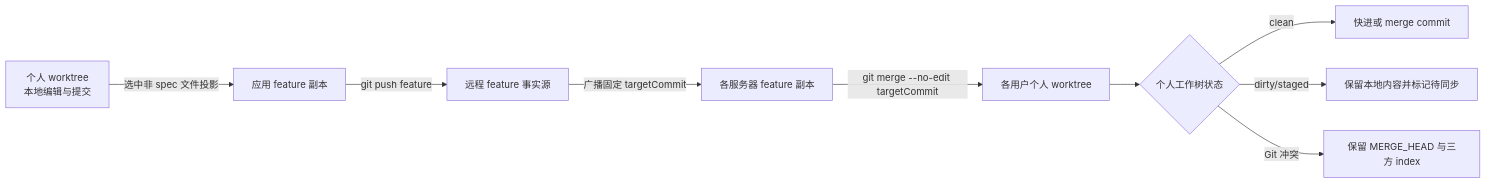
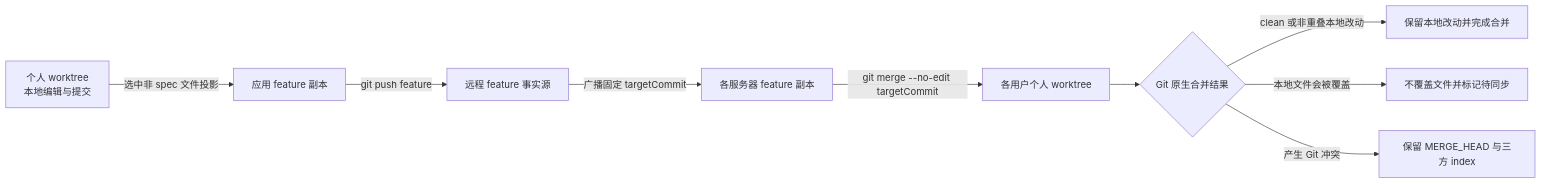
The diagram in docs/testing/application-worktree-feature-cases.md (RKK222/intelligent-test-agent), drawn with Mermaid before and after one commit. The commit also changed other lines of this file and 12 other files, not shown here.

````diff
--- a/docs/testing/application-worktree-feature-cases.md
+++ b/docs/testing/application-worktree-feature-cases.md
@@ -38,11 +38,11 @@
 ```mermaid
 flowchart LR
   P["个人 worktree\n本地编辑与提交"] -->|"选中非 spec 文件投影"| F["应用 feature 副本"]
   F -->|"git push feature"| R["远程 feature 事实源"]
   R -->|"广播固定 targetCommit"| S["各服务器 feature 副本"]
   S -->|"git merge --no-edit targetCommit"| O["各用户个人 worktree"]
-  O --> C{"个人工作树状态"}
-  C -->|clean| M["快进或 merge commit"]
-  C -->|dirty/staged| D["保留本地内容并标记待同步"]
-  C -->|Git 冲突| X["保留 MERGE_HEAD 与三方 index"]
+  O --> C{"Git 原生合并结果"}
+  C -->|clean 或非重叠本地改动| M["保留本地改动并完成合并"]
+  C -->|本地文件会被覆盖| D["不覆盖文件并标记待同步"]
+  C -->|产生 Git 冲突| X["保留 MERGE_HEAD 与三方 index"]
 ```
````
